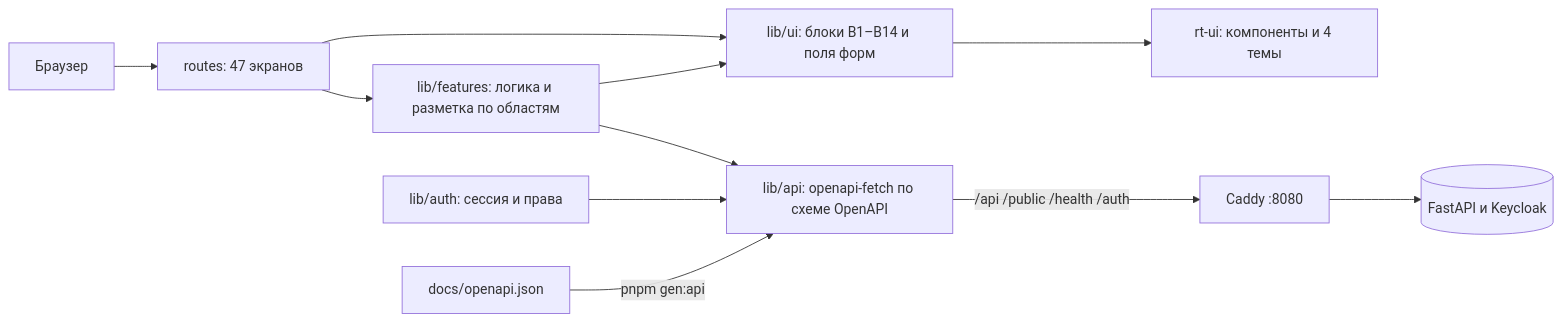
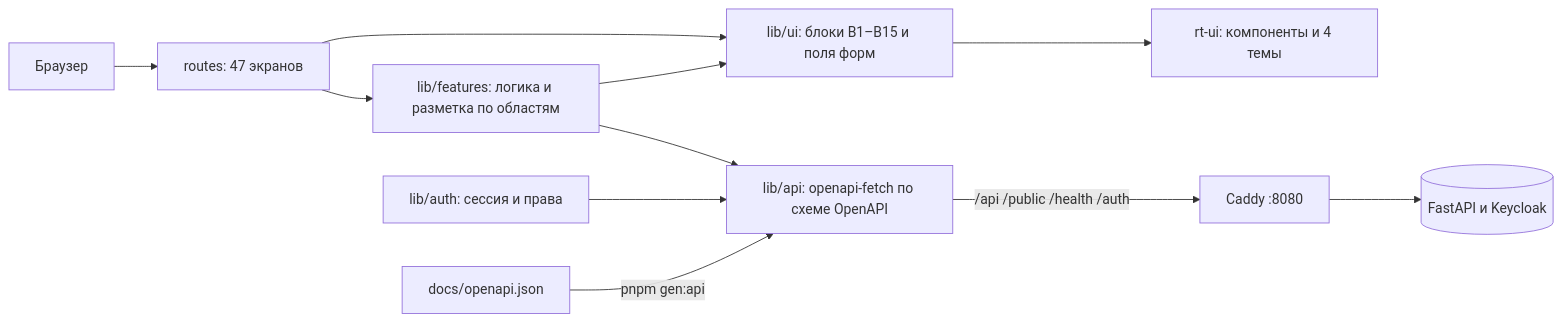
The first of 3 diagrams in README.md (lct-testkit/frontend), drawn with Mermaid before and after one commit. The commit also changed other lines of this file and 208 other files, not shown here.

````diff
--- a/README.md
+++ b/README.md
@@ -135,13 +135,13 @@
 ```mermaid
 flowchart LR
   BR["Браузер"] --> RT["routes: 47 экранов"]
   RT --> FE["lib/features: логика и разметка по областям"]
-  RT --> UI["lib/ui: блоки B1–B14 и поля форм"]
+  RT --> UI["lib/ui: блоки B1–B15 и поля форм"]
   FE --> UI
   UI --> DS["rt-ui: компоненты и 4 темы"]
   FE --> API["lib/api: openapi-fetch по схеме OpenAPI"]
   AU["lib/auth: сессия и права"] --> API
   SC["docs/openapi.json"] -->|"pnpm gen:api"| API
   API -->|"/api /public /health /auth"| CD["Caddy :8080"]
   CD --> BE[("FastAPI и Keycloak")]
 ```
````
